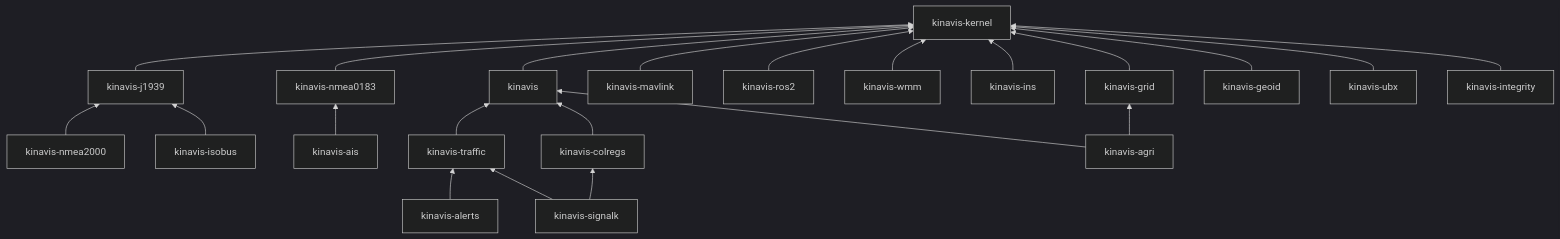
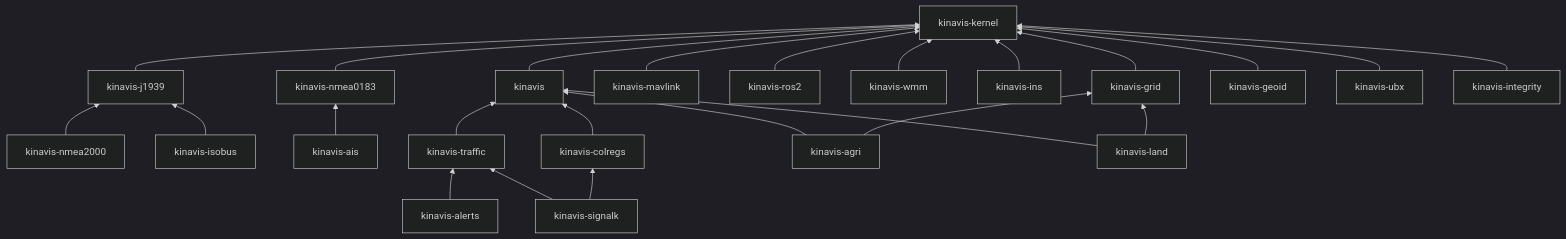
One commit to KINAVIS/kinavis changed the diagram in README.md. Above: the diagram before and after it, drawn with Mermaid (dark theme). The commit also changed other lines of this file and 19 other files, not shown here.

First line of the commit message:
feat(land): kinavis-land 0.1.0, orienteering on the map grid (#40)

````diff
--- a/README.md
+++ b/README.md
@@ -85,25 +85,27 @@
 ```mermaid
 graph BT
     kernel[kinavis-kernel]
     kinavis --> kernel
     nmea0183[kinavis-nmea0183] --> kernel
     j1939[kinavis-j1939] --> kernel
     nmea2000[kinavis-nmea2000] --> j1939
     isobus[kinavis-isobus] --> j1939
     mavlink[kinavis-mavlink] --> kernel
     ros2[kinavis-ros2] --> kernel
     wmm[kinavis-wmm] --> kernel
     ins[kinavis-ins] --> kernel
     ais[kinavis-ais] --> nmea0183
     traffic[kinavis-traffic] --> kinavis
     colregs[kinavis-colregs] --> kinavis
     grid[kinavis-grid] --> kernel
     geoid[kinavis-geoid] --> kernel
     ubx[kinavis-ubx] --> kernel
     integrity[kinavis-integrity] --> kernel
     agri[kinavis-agri] --> kinavis
     agri --> grid
+    land[kinavis-land] --> kinavis
+    land --> grid
     alerts[kinavis-alerts] --> traffic
     signalk[kinavis-signalk] --> traffic
     signalk --> colregs
 ```
````
